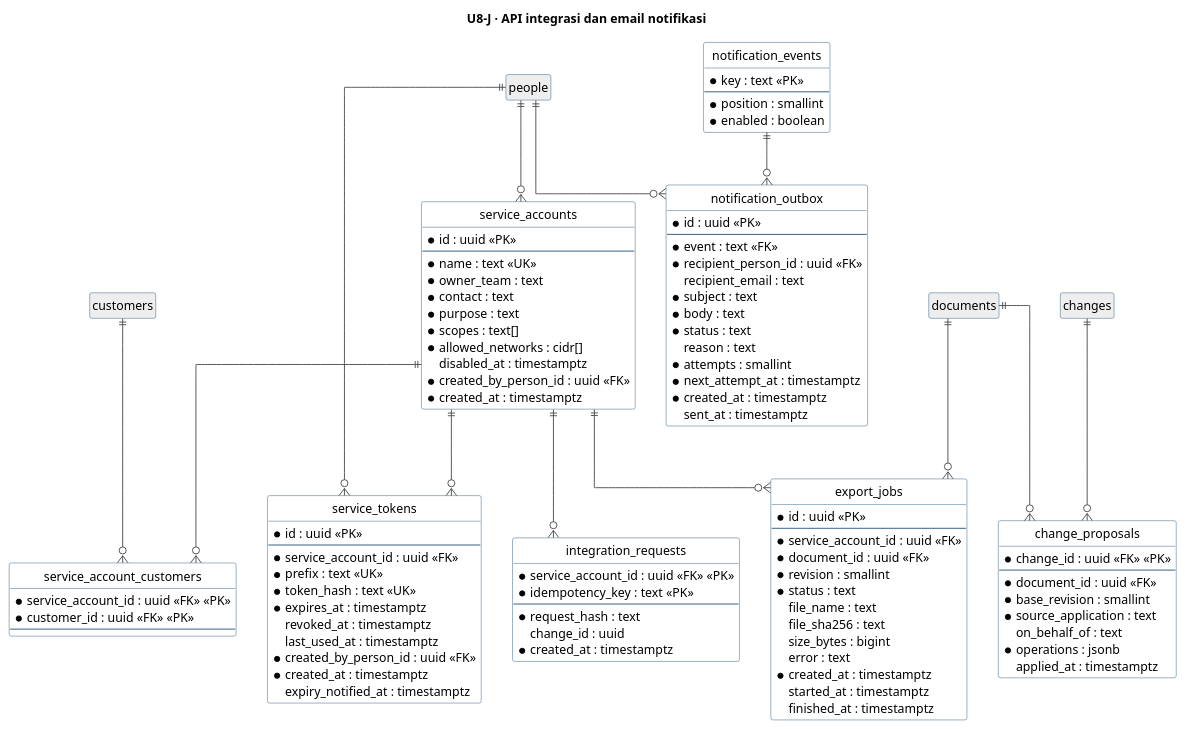
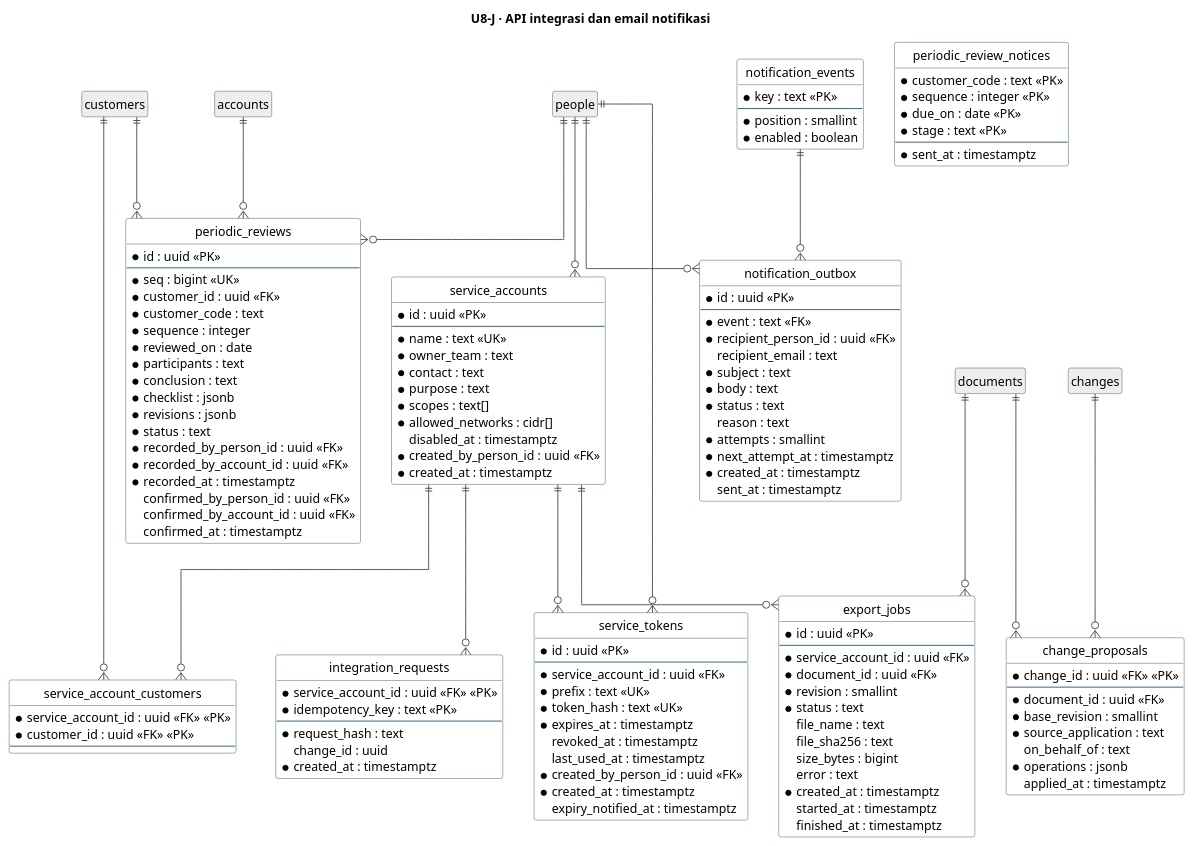
Before and after one commit to dkpauzi/revioten: the tenth of 10 diagrams in docs/uml/U8-erd.puml, drawn with PlantUML. The commit also changed other lines of this file and 98 other files, not shown here.

```diff
--- a/docs/uml/U8-erd.puml
+++ b/docs/uml/U8-erd.puml
@@ -1110,123 +1112,157 @@
 @startuml U8-J-integrasi-dan-notifikasi
 hide circle
 hide empty members
 skinparam linetype ortho
 skinparam shadowing false
 skinparam ArrowColor #444444
 skinparam ClassBorderColor #1F4E79
 skinparam ClassBackgroundColor #FFFFFF
 
 title U8-J · API integrasi dan email notifikasi
 
 entity "service_accounts" as service_accounts {
   * id : uuid <<PK>>
   --
   * name : text <<UK>>
   * owner_team : text
   * contact : text
   * purpose : text
   * scopes : text[]
   * allowed_networks : cidr[]
   disabled_at : timestamptz
   * created_by_person_id : uuid <<FK>>
   * created_at : timestamptz
 }
 
 entity "service_account_customers" as service_account_customers {
   * service_account_id : uuid <<FK>> <<PK>>
   * customer_id : uuid <<FK>> <<PK>>
   --
 }
 
 entity "service_tokens" as service_tokens {
   * id : uuid <<PK>>
   --
   * service_account_id : uuid <<FK>>
   * prefix : text <<UK>>
   * token_hash : text <<UK>>
   * expires_at : timestamptz
   revoked_at : timestamptz
   last_used_at : timestamptz
   * created_by_person_id : uuid <<FK>>
   * created_at : timestamptz
   expiry_notified_at : timestamptz
 }
 
 entity "integration_requests" as integration_requests {
   * service_account_id : uuid <<FK>> <<PK>>
   * idempotency_key : text <<PK>>
   --
   * request_hash : text
   change_id : uuid
   * created_at : timestamptz
 }
 
 entity "change_proposals" as change_proposals {
   * change_id : uuid <<FK>> <<PK>>
   --
   * document_id : uuid <<FK>>
   * base_revision : smallint
   * source_application : text
   on_behalf_of : text
   * operations : jsonb
   applied_at : timestamptz
 }
 
 entity "export_jobs" as export_jobs {
   * id : uuid <<PK>>
   --
   * service_account_id : uuid <<FK>>
   * document_id : uuid <<FK>>
   * revision : smallint
   * status : text
   file_name : text
   file_sha256 : text
   size_bytes : bigint
   error : text
   * created_at : timestamptz
   started_at : timestamptz
   finished_at : timestamptz
 }
 
 entity "notification_events" as notification_events {
   * key : text <<PK>>
   --
   * position : smallint
   * enabled : boolean
 }
 
 entity "notification_outbox" as notification_outbox {
   * id : uuid <<PK>>
   --
   * event : text <<FK>>
   * recipient_person_id : uuid <<FK>>
   recipient_email : text
   * subject : text
   * body : text
   * status : text
   reason : text
   * attempts : smallint
   * next_attempt_at : timestamptz
   * created_at : timestamptz
   sent_at : timestamptz
 }
 
+entity "periodic_reviews" as periodic_reviews {
+  * id : uuid <<PK>>
+  --
+  * seq : bigint <<UK>>
+  * customer_id : uuid <<FK>>
+  * customer_code : text
+  * sequence : integer
+  * reviewed_on : date
+  * participants : text
+  * conclusion : text
+  * checklist : jsonb
+  * revisions : jsonb
+  * status : text
+  * recorded_by_person_id : uuid <<FK>>
+  * recorded_by_account_id : uuid <<FK>>
+  * recorded_at : timestamptz
+  confirmed_by_person_id : uuid <<FK>>
+  confirmed_by_account_id : uuid <<FK>>
+  confirmed_at : timestamptz
+}
+
+entity "periodic_review_notices" as periodic_review_notices {
+  * customer_code : text <<PK>>
+  * sequence : integer <<PK>>
+  * due_on : date <<PK>>
+  * stage : text <<PK>>
+  --
+  * sent_at : timestamptz
+}
+
+entity "accounts" as accounts #EEEEEE
 entity "changes" as changes #EEEEEE
 entity "customers" as customers #EEEEEE
 entity "documents" as documents #EEEEEE
 entity "people" as people #EEEEEE
 
 changes ||--o{ change_proposals
 documents ||--o{ change_proposals
 documents ||--o{ export_jobs
 service_accounts ||--o{ export_jobs
 service_accounts ||--o{ integration_requests
 notification_events ||--o{ notification_outbox
 people ||--o{ notification_outbox
+accounts ||--o{ periodic_reviews
+customers ||--o{ periodic_reviews
+people ||--o{ periodic_reviews
 customers ||--o{ service_account_customers
 service_accounts ||--o{ service_account_customers
 people ||--o{ service_accounts
 people ||--o{ service_tokens
 service_accounts ||--o{ service_tokens
 
 @enduml
```
